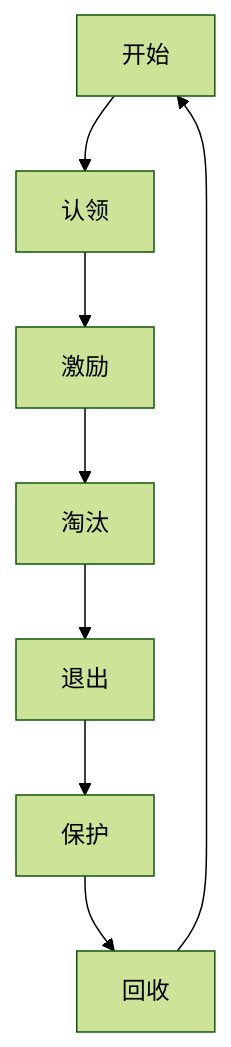
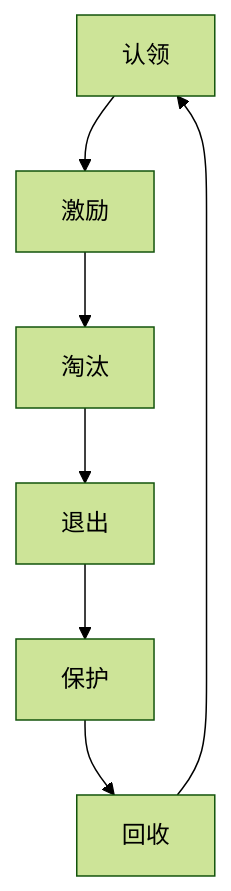
One commit to wangkai1018/wangkai1018.github.io changed the third of 3 diagrams in source/_posts/内容运营3.md. Above: the diagram before and after it, drawn with Mermaid (forest theme).

Commit message:
修改流程图代码

````diff
--- a/source/_posts/内容运营3.md
+++ b/source/_posts/内容运营3.md
@@ -196,10 +196,9 @@
 ```mermaid
 graph TB
-a[开始]-->b[认领]
-b-->c[激励]
+b[认领]-->c[激励]
 c-->d[淘汰]
 d-->e[退出]
 e-->f[保护]
 f-->g[回收]
-g-->a
+g-->b
 ```
````
